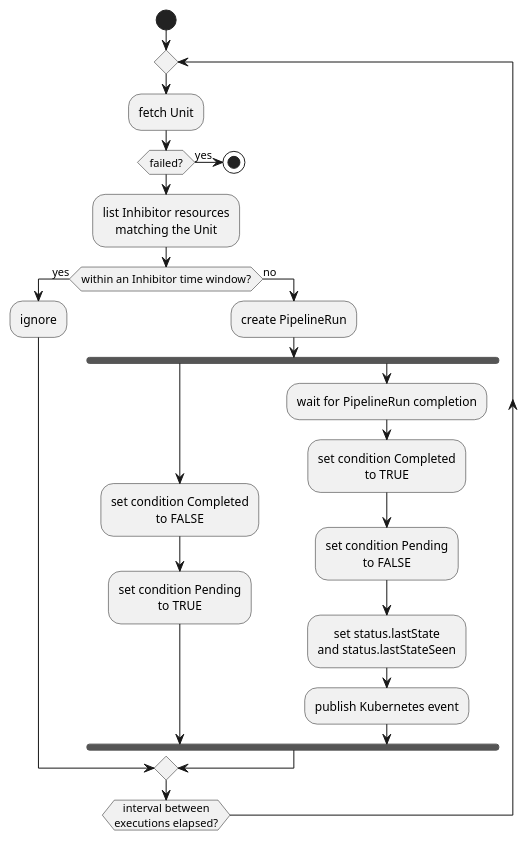
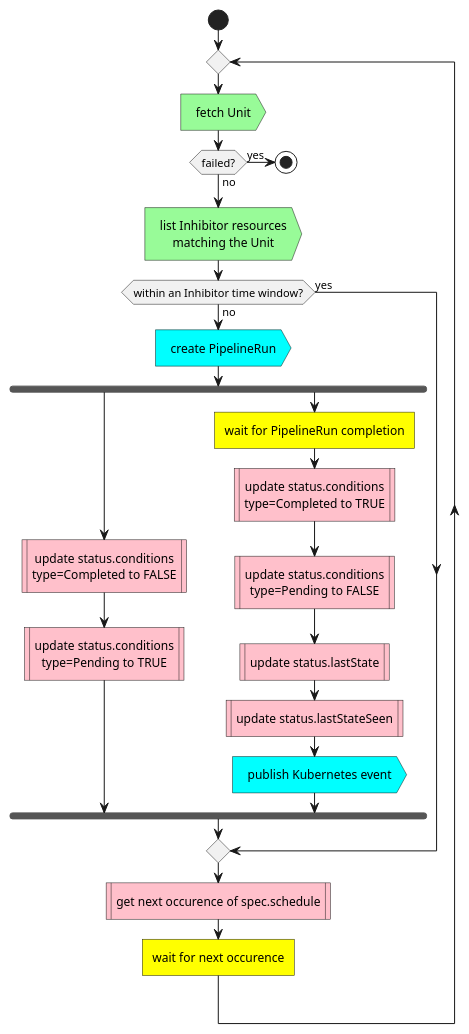
The diagram in assets/diagrams/scheduling_workflow.puml (link-society/kubirds-website), drawn with PlantUML before and after one commit. The commit also changed 7 other files, not shown here.

Commit message:
:memo: update activity diagrams

```diff
--- a/assets/diagrams/scheduling_workflow.puml
+++ b/assets/diagrams/scheduling_workflow.puml
@@ -1,32 +1,34 @@
 @startuml ../../static/img/docs/workflows/unit-scheduling
 skinparam defaultTextAlignment center
 
 start
 
 repeat
-  :fetch Unit;
+  #palegreen:fetch Unit>
 
   if (failed?) then (yes)
     stop
+  else (no)
   endif
 
-  :list Inhibitor resources\nmatching the Unit;
+  #palegreen:list Inhibitor resources\nmatching the Unit>
 
   if (within an Inhibitor time window?) then (yes)
-    :ignore;
   else (no)
-    :create PipelineRun;
+    #cyan:create PipelineRun>
     fork
-      :set condition Completed\nto FALSE;
-      :set condition Pending\nto TRUE;
+      #pink:update status.conditions\ntype=Completed to FALSE|
+      #pink:update status.conditions\ntype=Pending to TRUE|
     fork again
-      :wait for PipelineRun completion;
-      :set condition Completed\nto TRUE;
-      :set condition Pending\nto FALSE;
-      :set status.lastState\nand status.lastStateSeen;
-      :publish Kubernetes event;
+      #yellow:wait for PipelineRun completion]
+      #pink:update status.conditions\ntype=Completed to TRUE|
+      #pink:update status.conditions\ntype=Pending to FALSE|
+      #pink:update status.lastState|
+      #pink:update status.lastStateSeen|
+      #cyan:publish Kubernetes event>
     end fork
   endif
-repeat while (interval between\nexecutions elapsed?);
+  #pink:get next occurence of spec.schedule|
+  #yellow:wait for next occurence]
 
 @enduml
```
